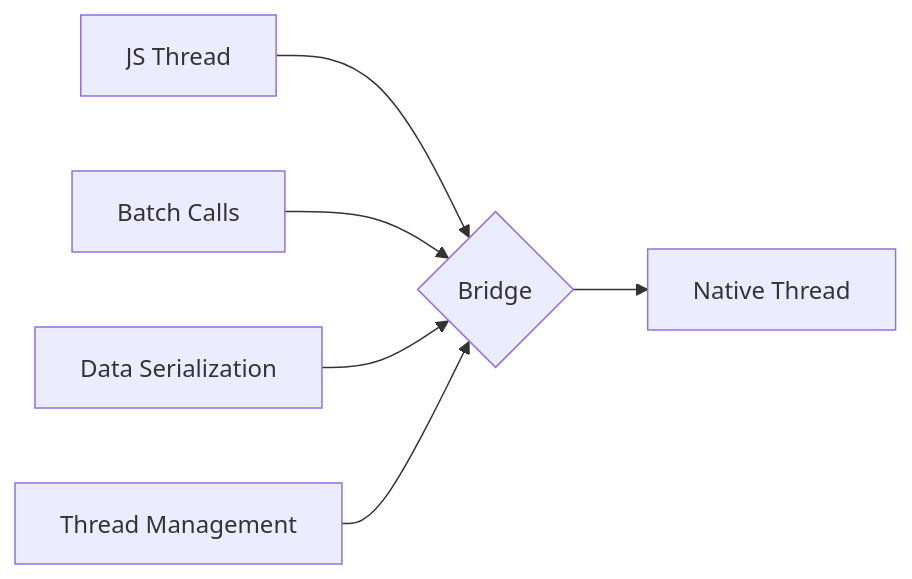
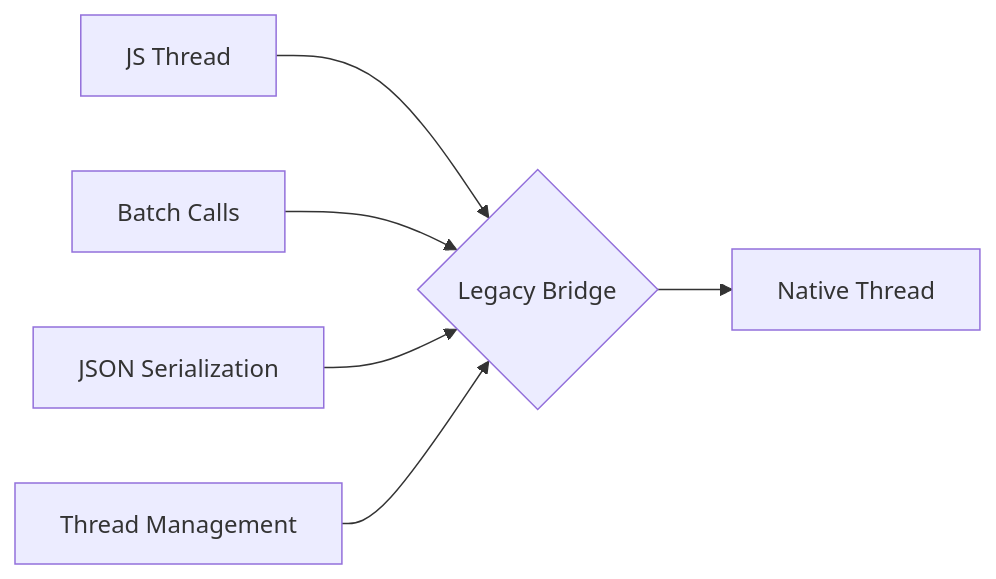
The second of 3 diagrams in enterprise-mobile-checklist/platform-guide.md (dbsectrainer/enterprise-grade-checklists), drawn with Mermaid before and after one commit. The commit also changed other lines of this file and 7 other files, not shown here.

````diff
--- a/enterprise-mobile-checklist/platform-guide.md
+++ b/enterprise-mobile-checklist/platform-guide.md
@@ -384,9 +568,9 @@
 ```mermaid
 graph LR
-    A[JS Thread] --> B{Bridge}
+    A[JS Thread] --> B{Legacy Bridge}
     B --> C[Native Thread]
 
     D[Batch Calls] --> B
-    E[Data Serialization] --> B
+    E[JSON Serialization] --> B
     F[Thread Management] --> B
 ```
````
